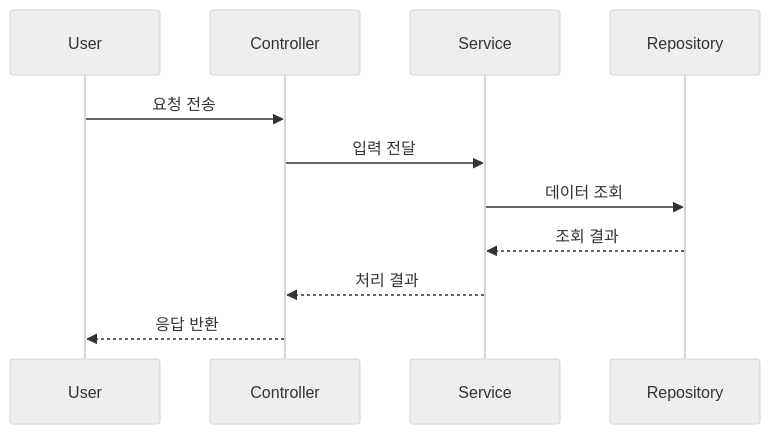
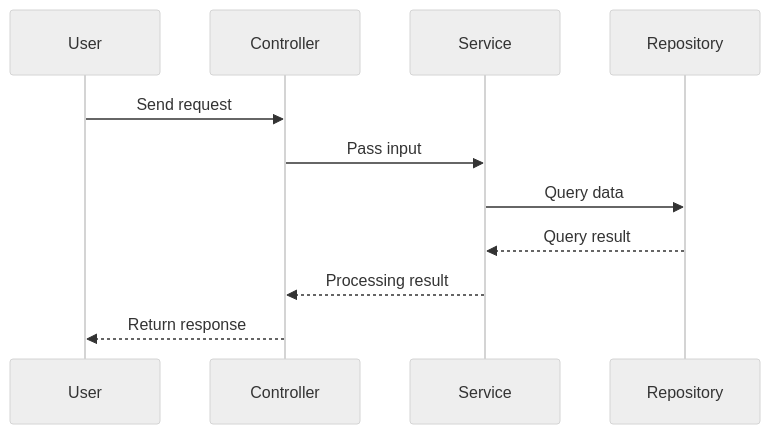
One commit to gihwan-dev/claude-setup changed the second of 3 diagrams in skills/korean-cognitive-code-explainer/references/visualization-playbook.md. Above: the diagram before and after it, drawn with Mermaid (neutral theme). The commit also changed other lines of this file and 153 other files, not shown here.

````diff
--- a/skills/korean-cognitive-code-explainer/references/visualization-playbook.md
+++ b/skills/korean-cognitive-code-explainer/references/visualization-playbook.md
@@ -23,14 +23,14 @@
 ```mermaid
 sequenceDiagram
   participant U as User
   participant C as Controller
   participant S as Service
   participant R as Repository
 
-  U->>C: 요청 전송
-  C->>S: 입력 전달
-  S->>R: 데이터 조회
-  R-->>S: 조회 결과
-  S-->>C: 처리 결과
-  C-->>U: 응답 반환
+  U->>C: Send request
+  C->>S: Pass input
+  S->>R: Query data
+  R-->>S: Query result
+  S-->>C: Processing result
+  C-->>U: Return response
 ```
````
